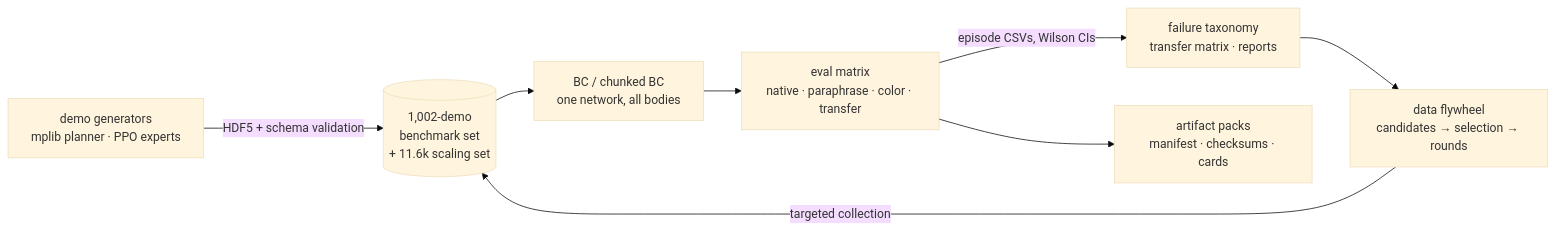
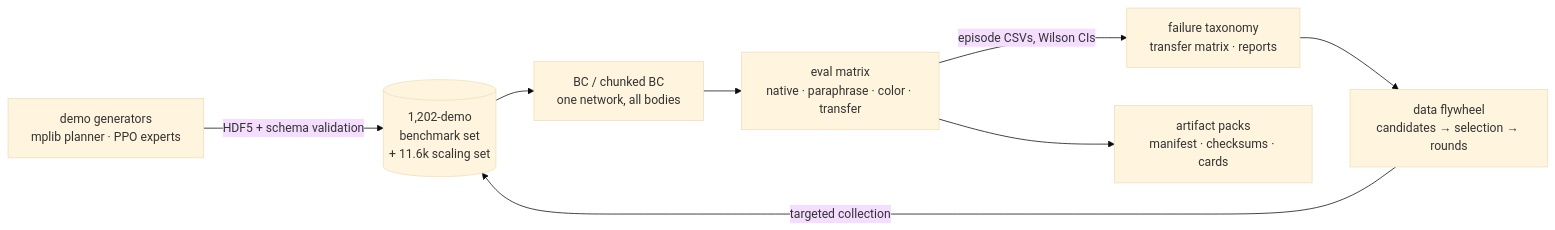
The diagram in README.md (Janga786/xembench), drawn with Mermaid (base theme) before and after one commit. The commit also changed 1 other file, not shown here.

Commit message:
Fix demo counts: benchmark set is 1,202 episodes (800 arm + 402 G1)

````diff
--- a/README.md
+++ b/README.md
@@ -85,10 +85,10 @@
 ```mermaid
 flowchart LR
-  D[demo generators<br/>mplib planner · PPO experts] -->|HDF5 + schema validation| DS[(1,002-demo<br/>benchmark set<br/>+ 11.6k scaling set)]
+  D[demo generators<br/>mplib planner · PPO experts] -->|HDF5 + schema validation| DS[(1,202-demo<br/>benchmark set<br/>+ 11.6k scaling set)]
   DS --> BC[BC / chunked BC<br/>one network, all bodies]
   BC --> EV[eval matrix<br/>native · paraphrase · color · transfer]
   EV -->|episode CSVs, Wilson CIs| AN[failure taxonomy<br/>transfer matrix · reports]
   AN --> FW[data flywheel<br/>candidates → selection → rounds]
   FW -->|targeted collection| DS
   EV --> PK[artifact packs<br/>manifest · checksums · cards]
 ```
````
